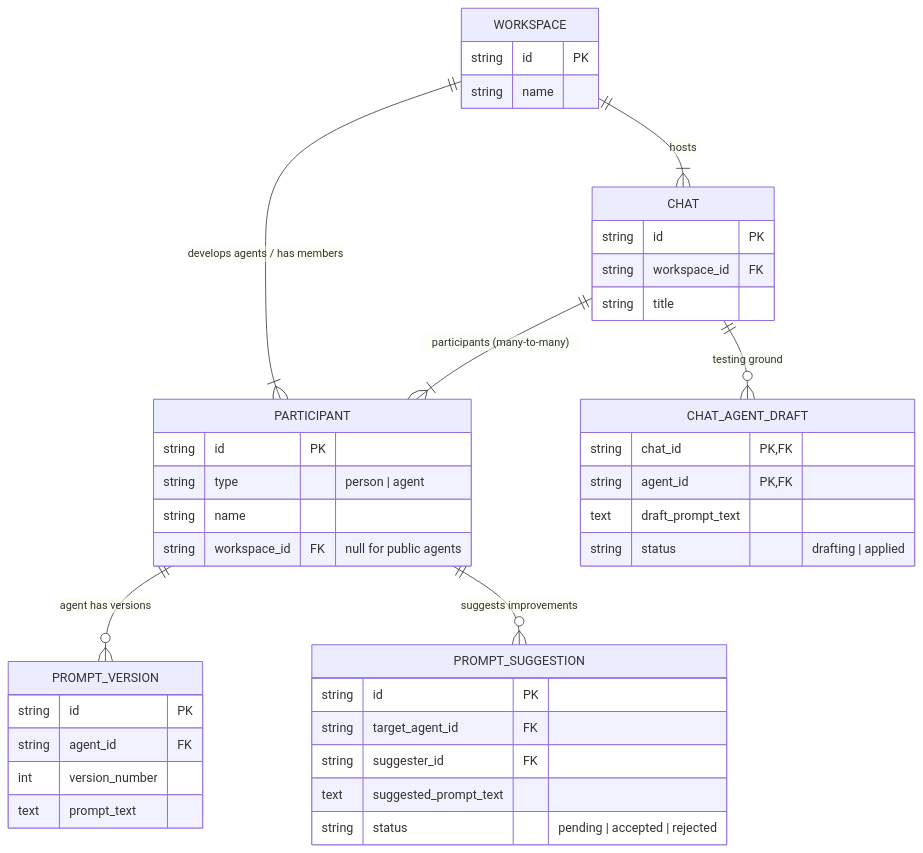
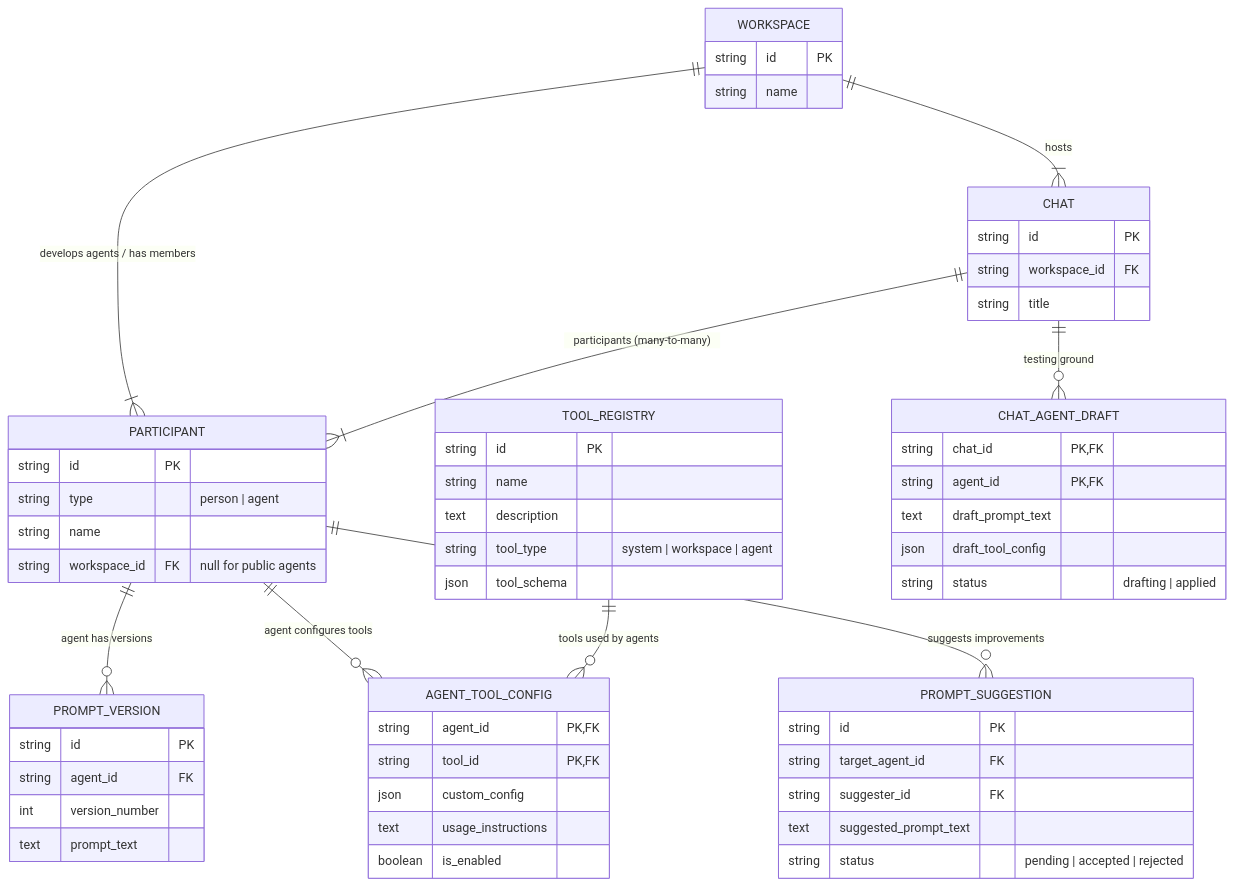
The first of 7 diagrams in design_doc.md (zhowzeng/v2-design-doc), drawn with Mermaid before and after one commit. The commit also changed other lines of this file and 1 other file, not shown here.

````diff
--- a/design_doc.md
+++ b/design_doc.md
@@ -33,53 +34,73 @@
 ```mermaid
 erDiagram
     %% 核心實體
     WORKSPACE {
         string id PK
         string name
     }
     
     PARTICIPANT {
         string id PK
         string type "person | agent"
         string name
         string workspace_id FK "null for public agents"
     }
     
     CHAT {
         string id PK
         string workspace_id FK
         string title
     }
     
     %% Agent 專用
     PROMPT_VERSION {
         string id PK
         string agent_id FK
         int version_number
         text prompt_text
     }
     
+    %% Tool 系統
+    TOOL_REGISTRY {
+        string id PK
+        string name
+        text description
+        string tool_type "system | workspace | agent"
+        json tool_schema
+    }
+    
+    AGENT_TOOL_CONFIG {
+        string agent_id PK, FK
+        string tool_id PK, FK
+        json custom_config
+        text usage_instructions
+        boolean is_enabled
+    }
+    
     %% 協作機制
     CHAT_AGENT_DRAFT {
         string chat_id PK, FK
         string agent_id PK, FK
         text draft_prompt_text
+        json draft_tool_config
         string status "drafting | applied"
     }
     
     PROMPT_SUGGESTION {
         string id PK
         string target_agent_id FK
         string suggester_id FK
         text suggested_prompt_text
         string status "pending | accepted | rejected"
     }
 
     %% 關係
     WORKSPACE ||--|{ PARTICIPANT : "develops agents / has members"
     WORKSPACE ||--|{ CHAT : "hosts"
     CHAT ||--|{ PARTICIPANT : "participants (many-to-many)"
     PARTICIPANT ||--o{ PROMPT_VERSION : "agent has versions"
+    PARTICIPANT ||--o{ AGENT_TOOL_CONFIG : "agent configures tools"
+    TOOL_REGISTRY ||--o{ AGENT_TOOL_CONFIG : "tools used by agents"
     CHAT ||--o{ CHAT_AGENT_DRAFT : "testing ground"
     PARTICIPANT ||--o{ PROMPT_SUGGESTION : "suggests improvements"
 ```
````
